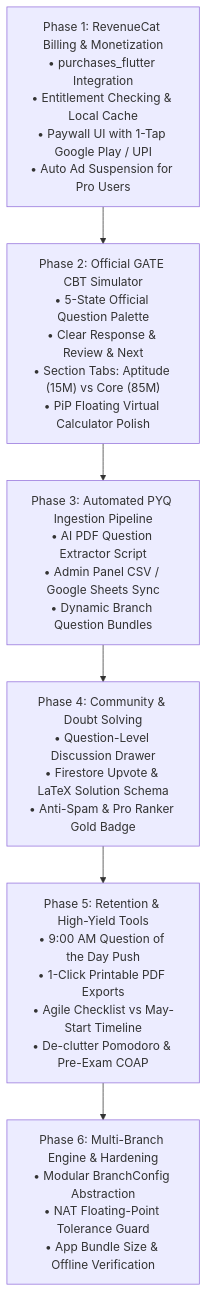
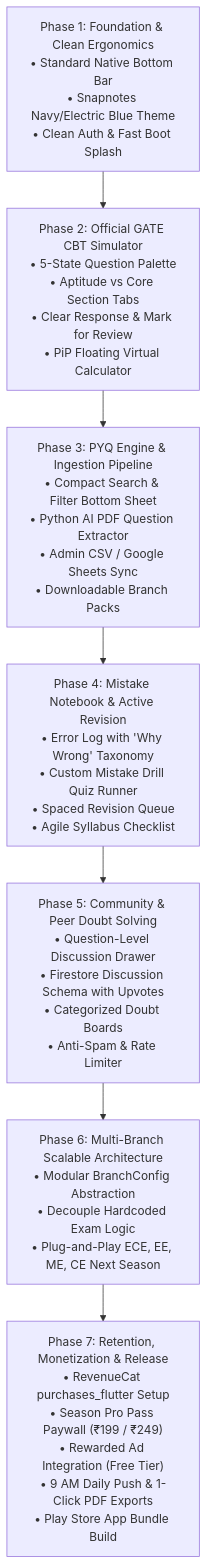
One commit to aditya21030/GateX changed the diagram in plan.md. Above: the diagram before and after it, drawn with Mermaid. The commit also changed other lines of this file, not shown here.

Commit message:
docs: finalize master rebuilding plan with RevenueCat in Phase 7 and screen-inside-screen hierarchy

````diff
--- a/plan.md
+++ b/plan.md
@@ -23,16 +69,18 @@
 ```mermaid
 graph TD
-    P1["Phase 1: RevenueCat Billing & Monetization<br/>• purchases_flutter Integration<br/>• Entitlement Checking & Local Cache<br/>• Paywall UI with 1-Tap Google Play / UPI<br/>• Auto Ad Suspension for Pro Users"]
+    P1["Phase 1: Foundation & Clean Ergonomics<br/>• Standard Native Bottom Bar<br/>• Snapnotes Navy/Electric Blue Theme<br/>• Clean Auth & Fast Boot Splash"]
     
-    P2["Phase 2: Official GATE CBT Simulator<br/>• 5-State Official Question Palette<br/>• Clear Response & Review & Next<br/>• Section Tabs: Aptitude (15M) vs Core (85M)<br/>• PiP Floating Virtual Calculator Polish"]
+    P2["Phase 2: Official GATE CBT Simulator<br/>• 5-State Question Palette<br/>• Aptitude vs Core Section Tabs<br/>• Clear Response & Mark for Review<br/>• PiP Floating Virtual Calculator"]
     
-    P3["Phase 3: Automated PYQ Ingestion Pipeline<br/>• AI PDF Question Extractor Script<br/>• Admin Panel CSV / Google Sheets Sync<br/>• Dynamic Branch Question Bundles"]
+    P3["Phase 3: PYQ Engine & Ingestion Pipeline<br/>• Compact Search & Filter Bottom Sheet<br/>• Python AI PDF Question Extractor<br/>• Admin CSV / Google Sheets Sync<br/>• Downloadable Branch Packs"]
     
-    P4["Phase 4: Community & Doubt Solving<br/>• Question-Level Discussion Drawer<br/>• Firestore Upvote & LaTeX Solution Schema<br/>• Anti-Spam & Pro Ranker Gold Badge"]
+    P4["Phase 4: Mistake Notebook & Active Revision<br/>• Error Log with 'Why Wrong' Taxonomy<br/>• Custom Mistake Drill Quiz Runner<br/>• Spaced Revision Queue<br/>• Agile Syllabus Checklist"]
     
-    P5["Phase 5: Retention & High-Yield Tools<br/>• 9:00 AM Question of the Day Push<br/>• 1-Click Printable PDF Exports<br/>• Agile Checklist vs May-Start Timeline<br/>• De-clutter Pomodoro & Pre-Exam COAP"]
+    P5["Phase 5: Community & Peer Doubt Solving<br/>• Question-Level Discussion Drawer<br/>• Firestore Discussion Schema with Upvotes<br/>• Categorized Doubt Boards<br/>• Anti-Spam & Rate Limiter"]
     
-    P6["Phase 6: Multi-Branch Engine & Hardening<br/>• Modular BranchConfig Abstraction<br/>• NAT Floating-Point Tolerance Guard<br/>• App Bundle Size & Offline Verification"]
+    P6["Phase 6: Multi-Branch Scalable Architecture<br/>• Modular BranchConfig Abstraction<br/>• Decouple Hardcoded Exam Logic<br/>• Plug-and-Play ECE, EE, ME, CE Next Season"]
 
-    P1 --> P2 --> P3 --> P4 --> P5 --> P6
+    P7["Phase 7: Retention, Monetization & Release<br/>• RevenueCat purchases_flutter Setup<br/>• Season Pro Pass Paywall (₹199 / ₹249)<br/>• Rewarded Ad Integration (Free Tier)<br/>• 9 AM Daily Push & 1-Click PDF Exports<br/>• Play Store App Bundle Build"]
+
+    P1 --> P2 --> P3 --> P4 --> P5 --> P6 --> P7
 ```
````
